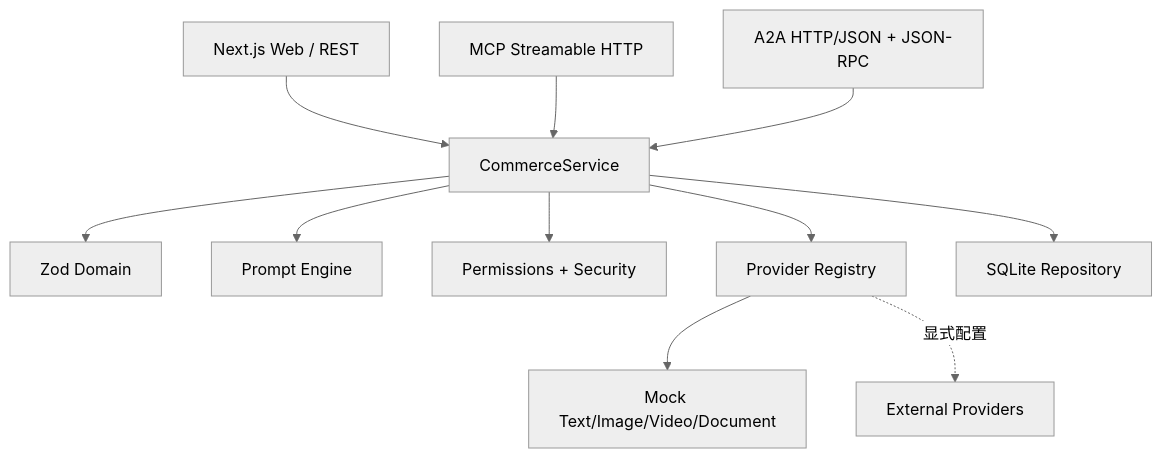
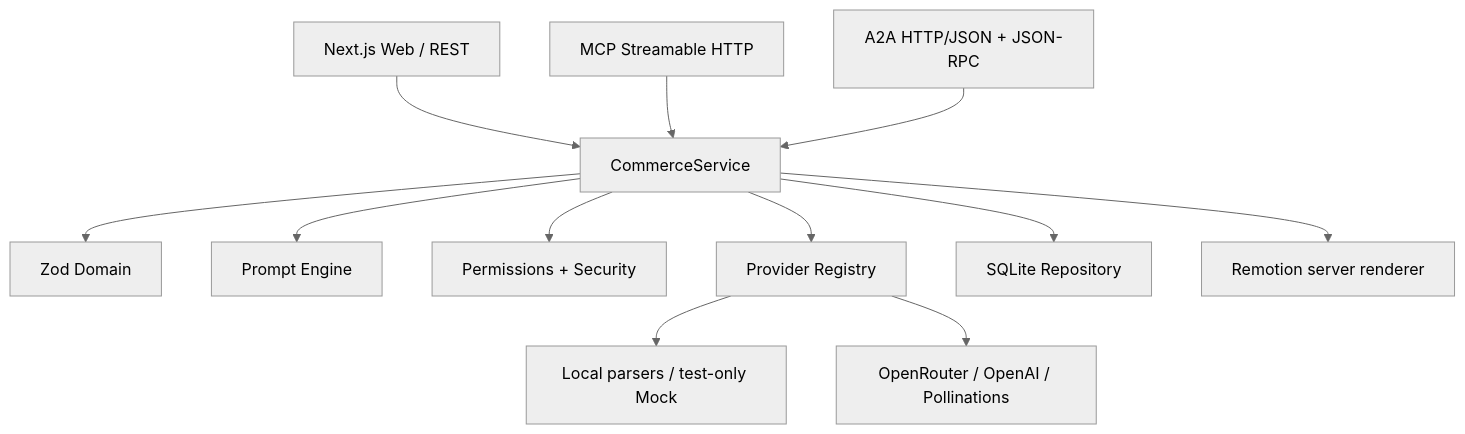
Before and after one commit to xiezhen0503-cell/lai-commerce-studio: the diagram in docs/architecture.md, drawn with Mermaid (neutral theme). The commit also changed 41 other files, not shown here.

````diff
--- a/docs/architecture.md
+++ b/docs/architecture.md
@@ -5,13 +5,14 @@
 ```mermaid
 flowchart TB
   UI["Next.js Web / REST"] --> SVC["CommerceService"]
   MCP["MCP Streamable HTTP"] --> SVC
   A2A["A2A HTTP/JSON + JSON-RPC"] --> SVC
   SVC --> DOM["Zod Domain"]
   SVC --> PE["Prompt Engine"]
   SVC --> PERM["Permissions + Security"]
   SVC --> PROV["Provider Registry"]
   SVC --> DB["SQLite Repository"]
-  PROV --> MOCK["Mock Text/Image/Video/Document"]
-  PROV -.显式配置.-> EXT["External Providers"]
+  PROV --> DEV["Local parsers / test-only Mock"]
+  PROV --> EXT["OpenRouter / OpenAI / Pollinations"]
+  SVC --> RENDER["Remotion server renderer"]
 ```
````
